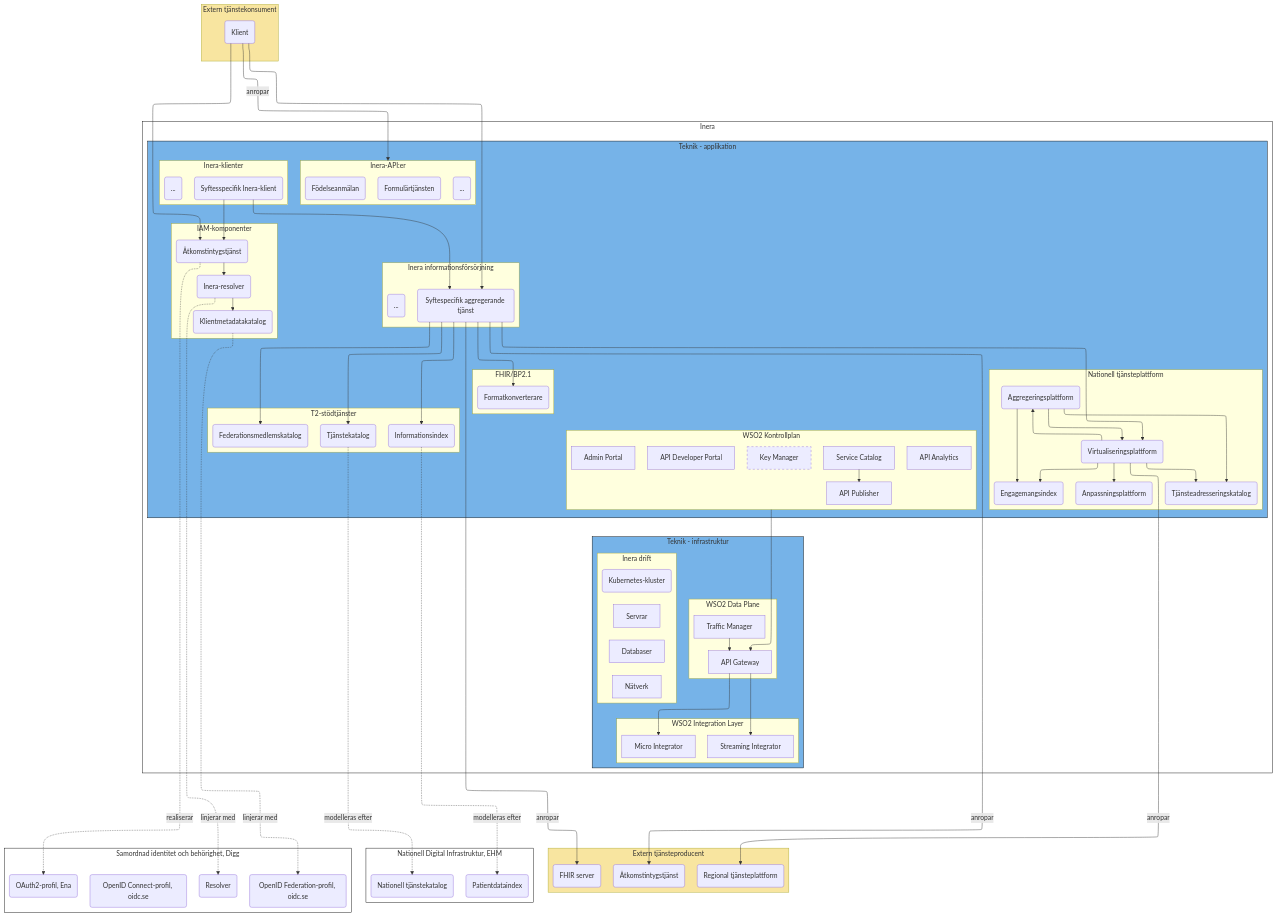
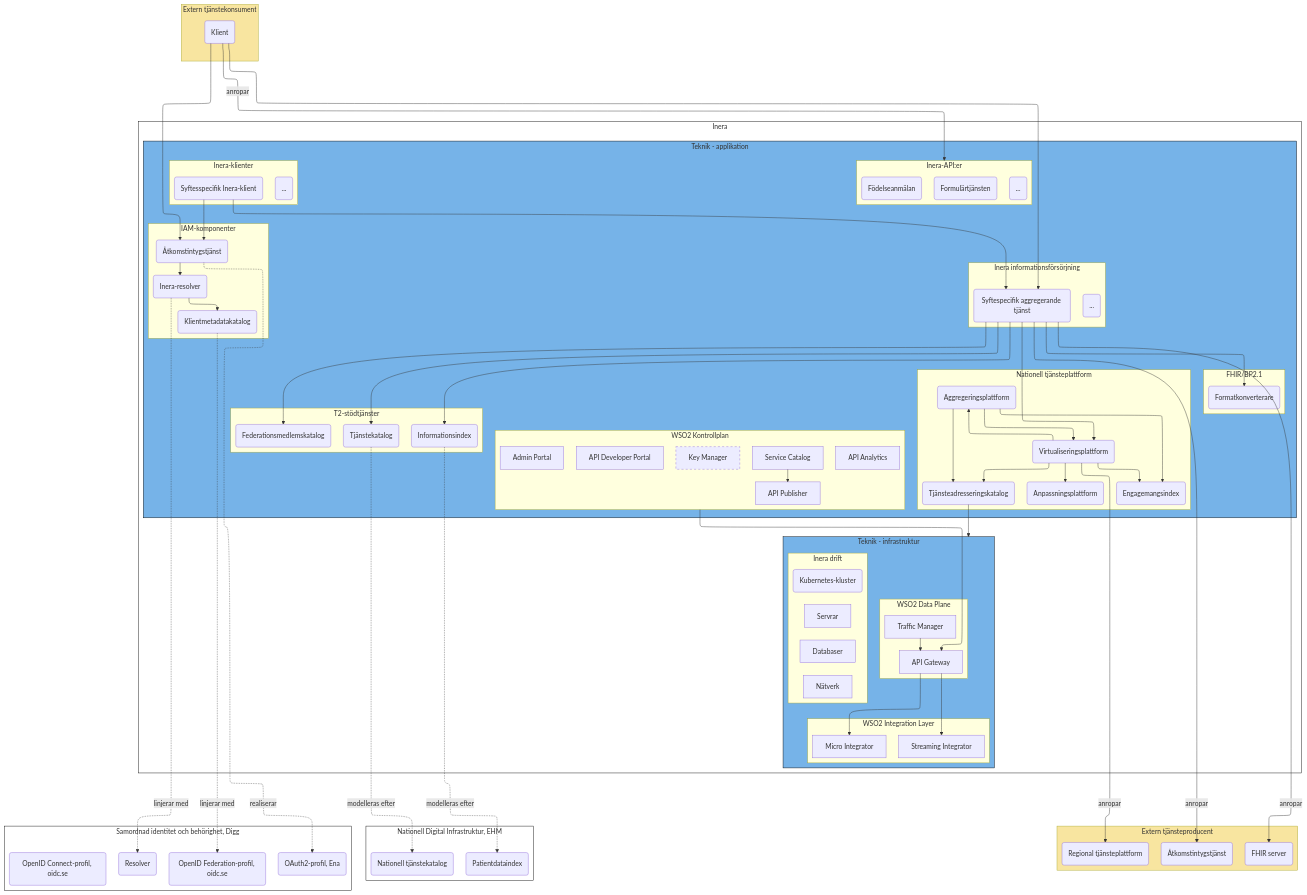
Before and after one commit to anders-malmros-inera/t2mmd: the second of 2 diagrams in T2-krav/solution.md, drawn with Mermaid.

Commit message:
fixed elk & dagre rendering

````diff
--- a/T2-krav/solution.md
+++ b/T2-krav/solution.md
@@ -192,4 +192,5 @@
 %% Formatting for dagre (standard) renderer
 inera~~~~~sib & ndi & tp
 tkc~~~npo
+tak---->infra
 ```
````
